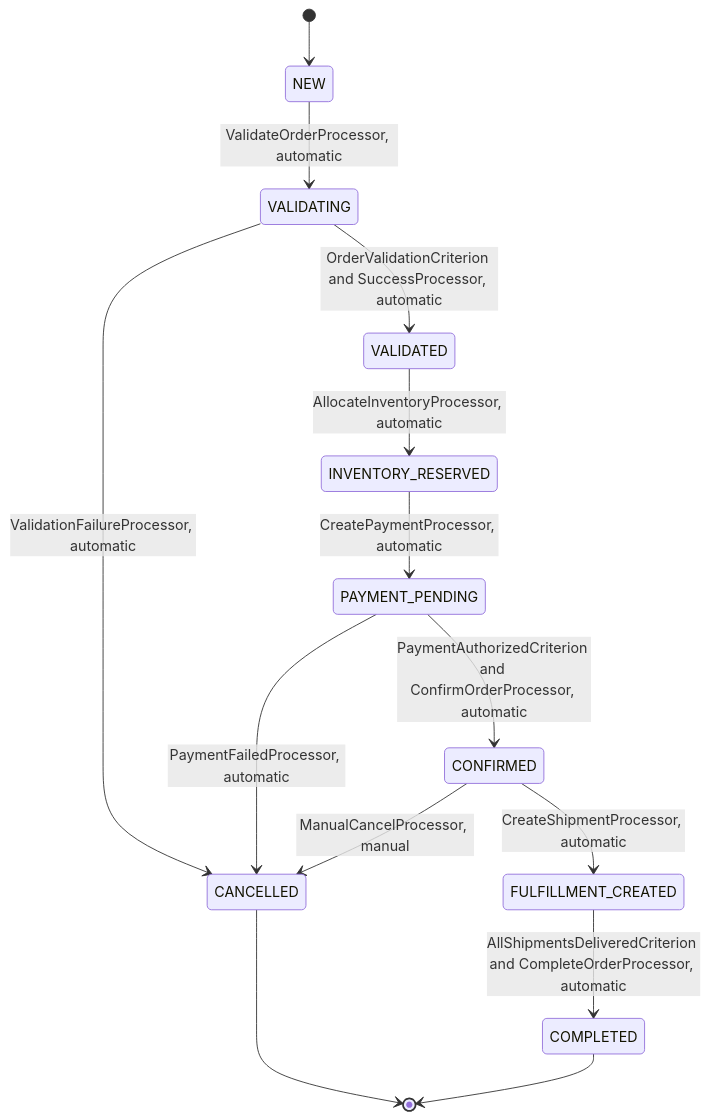
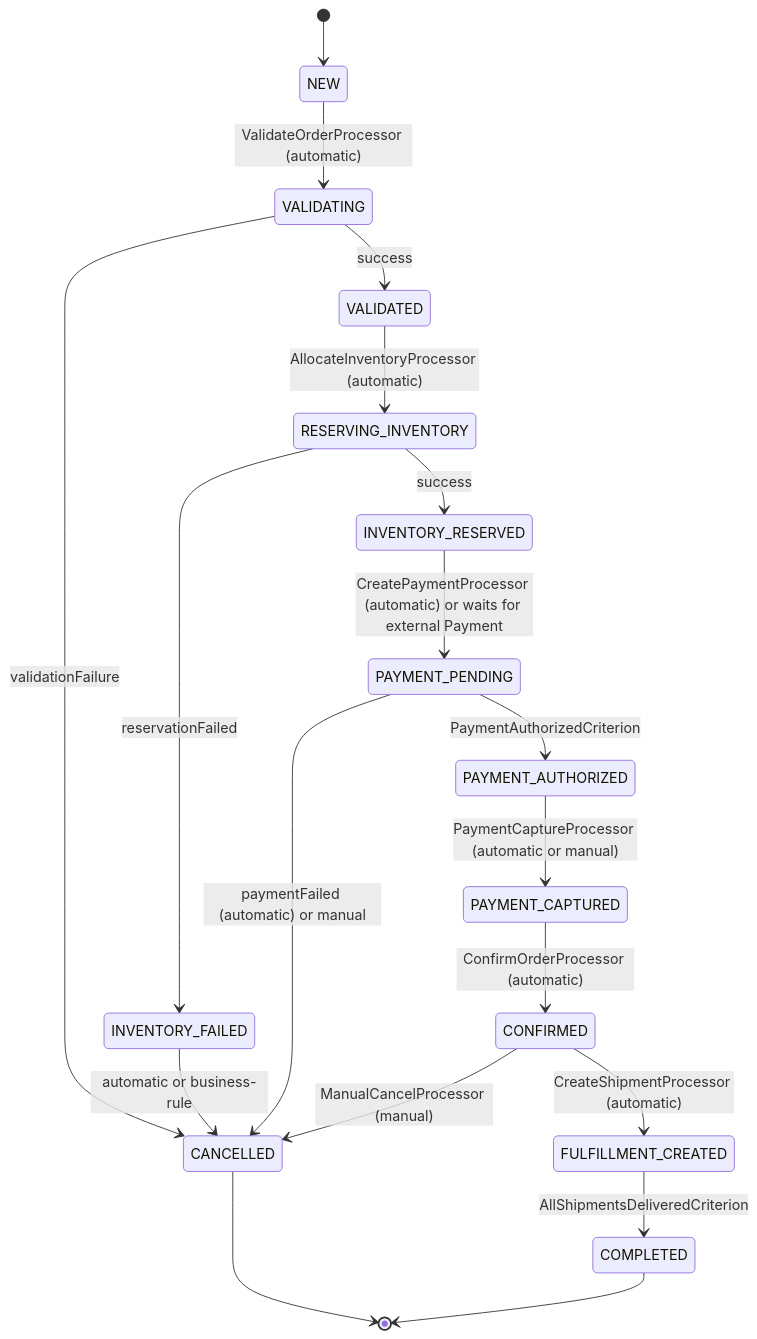
Before and after one commit to Cyoda-platform/java-client-template: the first of 3 diagrams in src/main/java/com/java_template/prototype/functional_requirement.md, drawn with Mermaid. The commit also changed other lines of this file, not shown here.

````diff
--- a/src/main/java/com/java_template/prototype/functional_requirement.md
+++ b/src/main/java/com/java_template/prototype/functional_requirement.md
@@ -45,16 +111,21 @@
 ```mermaid
 stateDiagram-v2
     [*] --> NEW
-    NEW --> VALIDATING : ValidateOrderProcessor, automatic
-    VALIDATING --> VALIDATED : OrderValidationCriterion and SuccessProcessor, automatic
-    VALIDATING --> CANCELLED : ValidationFailureProcessor, automatic
-    VALIDATED --> INVENTORY_RESERVED : AllocateInventoryProcessor, automatic
-    INVENTORY_RESERVED --> PAYMENT_PENDING : CreatePaymentProcessor, automatic
-    PAYMENT_PENDING --> CONFIRMED : PaymentAuthorizedCriterion and ConfirmOrderProcessor, automatic
-    PAYMENT_PENDING --> CANCELLED : PaymentFailedProcessor, automatic
-    CONFIRMED --> FULFILLMENT_CREATED : CreateShipmentProcessor, automatic
-    FULFILLMENT_CREATED --> COMPLETED : AllShipmentsDeliveredCriterion and CompleteOrderProcessor, automatic
-    CONFIRMED --> CANCELLED : ManualCancelProcessor, manual
+    NEW --> VALIDATING : ValidateOrderProcessor (automatic)
+    VALIDATING --> VALIDATED : success
+    VALIDATING --> CANCELLED : validationFailure
+    VALIDATED --> RESERVING_INVENTORY : AllocateInventoryProcessor (automatic)
+    RESERVING_INVENTORY --> INVENTORY_RESERVED : success
+    RESERVING_INVENTORY --> INVENTORY_FAILED : reservationFailed
+    INVENTORY_FAILED --> CANCELLED : automatic or business-rule
+    INVENTORY_RESERVED --> PAYMENT_PENDING : CreatePaymentProcessor (automatic) or waits for external Payment
+    PAYMENT_PENDING --> PAYMENT_AUTHORIZED : PaymentAuthorizedCriterion
+    PAYMENT_PENDING --> CANCELLED : paymentFailed (automatic) or manual
+    PAYMENT_AUTHORIZED --> PAYMENT_CAPTURED : PaymentCaptureProcessor (automatic or manual)
+    PAYMENT_CAPTURED --> CONFIRMED : ConfirmOrderProcessor (automatic)
+    CONFIRMED --> FULFILLMENT_CREATED : CreateShipmentProcessor (automatic)
+    FULFILLMENT_CREATED --> COMPLETED : AllShipmentsDeliveredCriterion
+    CONFIRMED --> CANCELLED : ManualCancelProcessor (manual)
     CANCELLED --> [*]
     COMPLETED --> [*]
 ```
````
